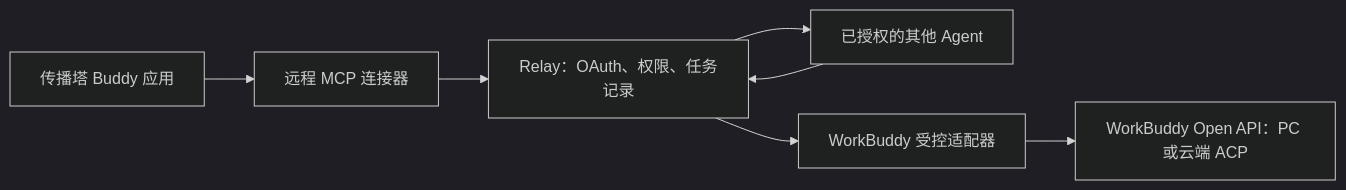
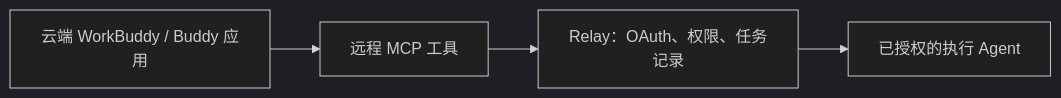
One commit to ateyun-org/a2a-connector changed the diagram in docs/install/workbuddy-mcp.md. Above: the diagram before and after it, drawn with Mermaid (dark theme). The commit also changed other lines of this file and 2 other files, not shown here.

Commit message:
docs: update WorkBuddy MCP connector documentation and skill instructions

````diff
--- a/docs/install/workbuddy-mcp.md
+++ b/docs/install/workbuddy-mcp.md
@@ -7,9 +5,6 @@
 ```mermaid
 flowchart LR
-  W[传播塔 Buddy 应用] --> M[远程 MCP 连接器]
+  W[云端 WorkBuddy / Buddy 应用] --> M[远程 MCP 工具]
   M --> R[Relay：OAuth、权限、任务记录]
-  R --> A[已授权的其他 Agent]
-  A --> R
-  R --> B[WorkBuddy 受控适配器]
-  B --> P[WorkBuddy Open API：PC 或云端 ACP]
+  R --> A[已授权的执行 Agent]
 ```
````
